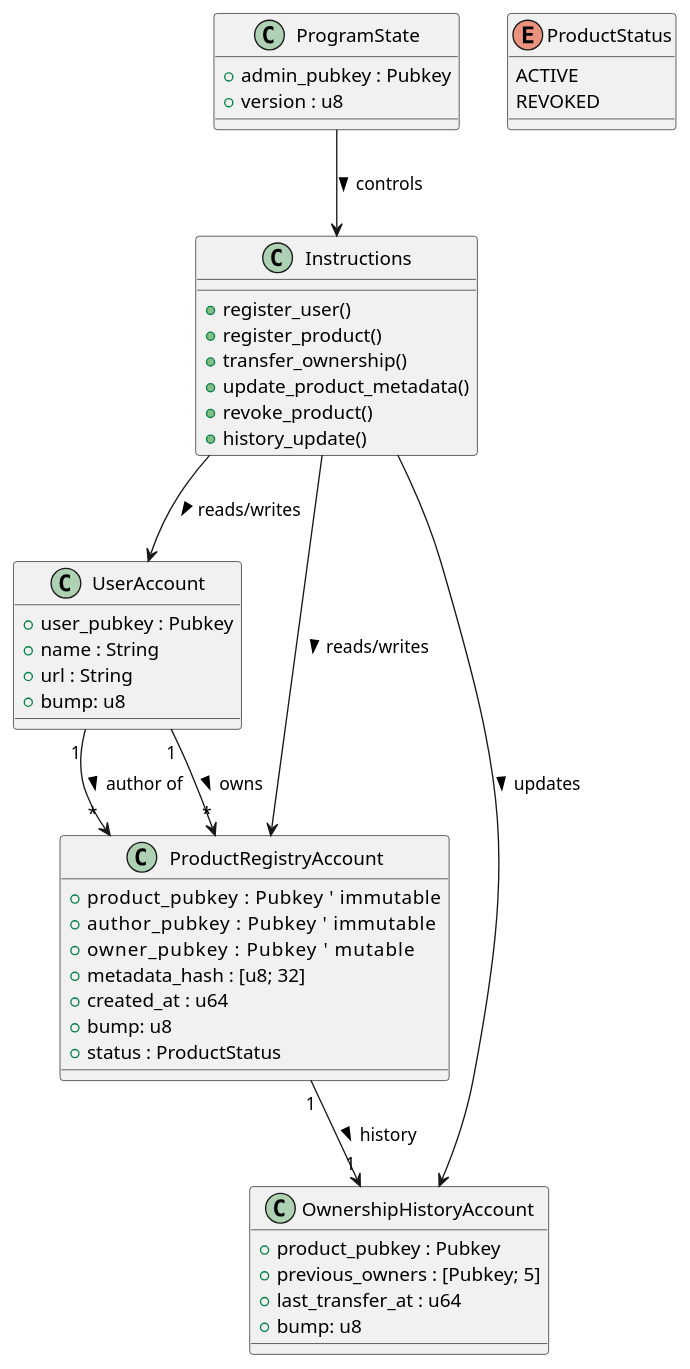
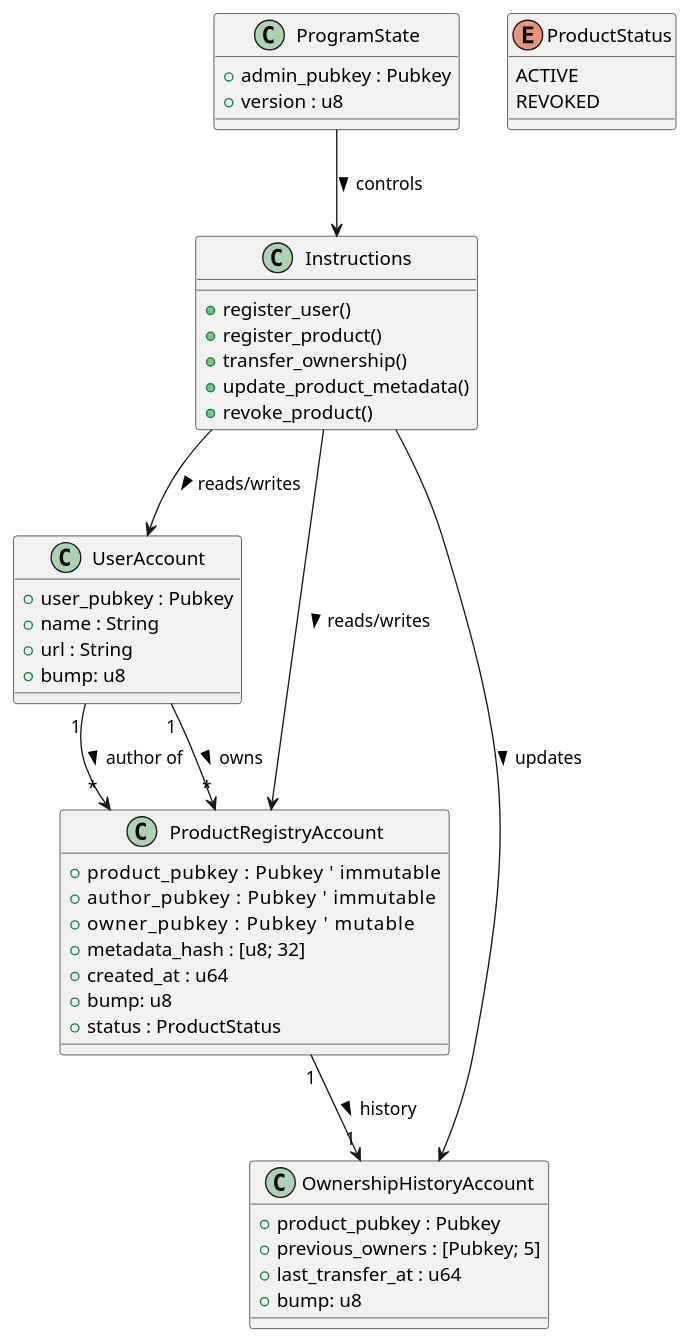
Before and after one commit to abdotharwat1024/tagme: the diagram in docs/class diagram/Solana On-Chain Program.puml, drawn with PlantUML. The commit also changed 11 other files, not shown here.

```diff
--- a/docs/class diagram/Solana On-Chain Program.puml
+++ b/docs/class diagram/Solana On-Chain Program.puml
@@ -1,67 +1,66 @@
 @startuml Solana On-Chain Program - Class Diagram
 
 ' ---------------------------
 ' Core Accounts / Structures
 ' ---------------------------
 class UserAccount {
     + user_pubkey : Pubkey
     + name : String
     + url : String
     + bump: u8
 }
 
 class ProductRegistryAccount {
     + product_pubkey : Pubkey     ' immutable
     + author_pubkey : Pubkey      ' immutable
     + owner_pubkey : Pubkey       ' mutable
     + metadata_hash : [u8; 32]
     + created_at : u64
     + bump: u8
     + status : ProductStatus
 }
 
 enum ProductStatus {
     ACTIVE
     REVOKED
 }
 
 class ProgramState {
     + admin_pubkey : Pubkey
     + version : u8
 }
 
 class OwnershipHistoryAccount {
     + product_pubkey : Pubkey
     + previous_owners : [Pubkey; 5]
     + last_transfer_at : u64
     + bump: u8
 }
 
 ' ---------------------------
 ' Instructions (Methods)
 ' ---------------------------
 
 class Instructions {
     + register_user()
     + register_product()
     + transfer_ownership()
     + update_product_metadata()
     + revoke_product()
-    + history_update()
 }
 
 ' ---------------------------
 ' Relationships
 ' ---------------------------
 
 UserAccount "1" --> "*" ProductRegistryAccount : author of >
 UserAccount "1" --> "*" ProductRegistryAccount : owns >
 ProgramState --> Instructions : controls >
 Instructions --> UserAccount : reads/writes >
 Instructions --> ProductRegistryAccount : reads/writes >
 Instructions --> OwnershipHistoryAccount : updates >
 ProductRegistryAccount "1" --> "1" OwnershipHistoryAccount : history >
 
 
 
 @enduml
```
